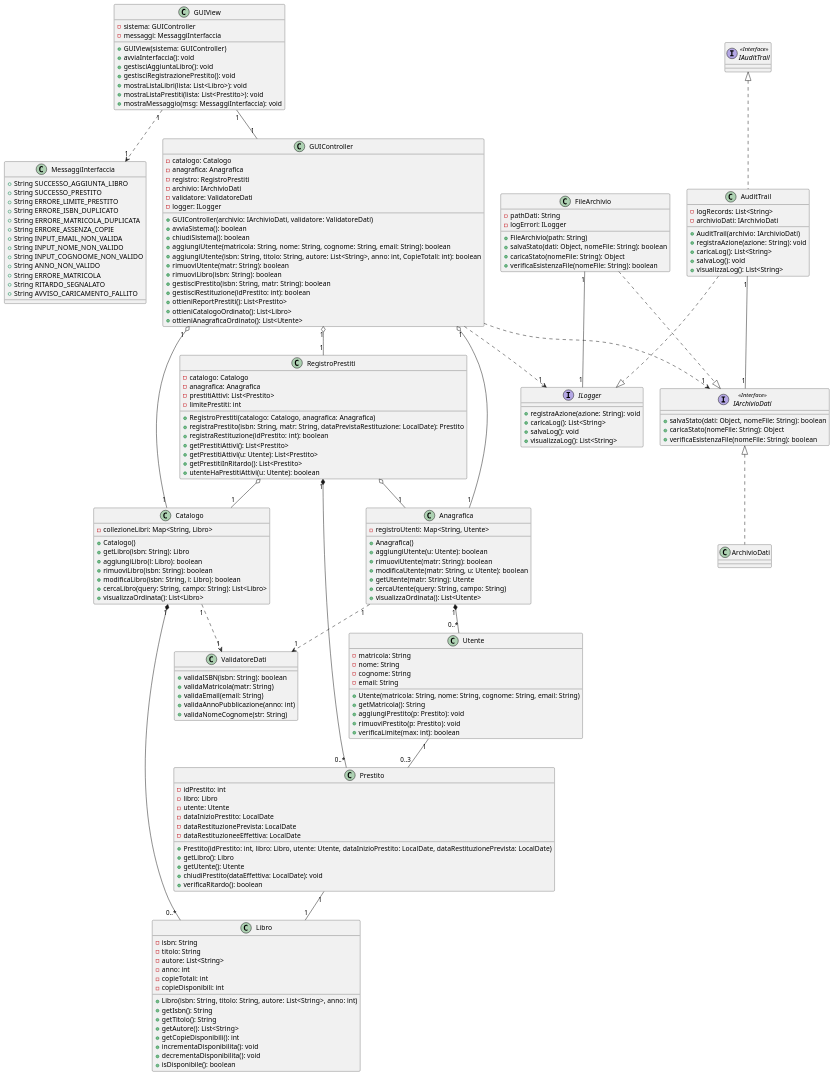
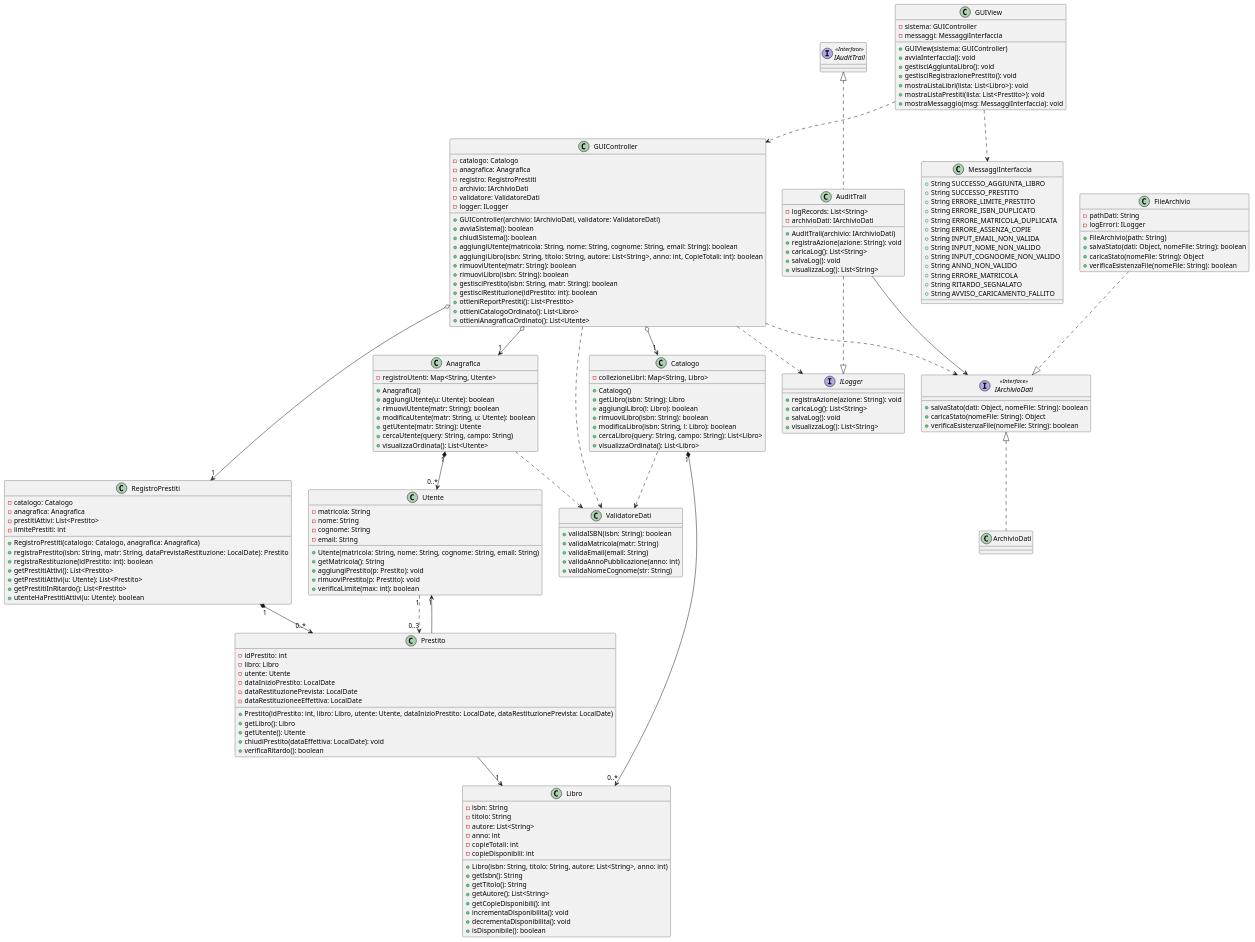
One commit to c-dilieto4/Progetto-Biblioteca changed the diagram in Biblioteca/src/main/UML Class Diagram/Class Diagram.puml. Above: the diagram before and after it, drawn with PlantUML.

Commit message:
update class diagram

```diff
--- a/Biblioteca/src/main/UML Class Diagram/Class Diagram.puml
+++ b/Biblioteca/src/main/UML Class Diagram/Class Diagram.puml
@@ -90,7 +90,7 @@
   +avviaSistema(): boolean
   +chiudiSistema(): boolean
   +aggiungiUtente(matricola: String, nome: String, cognome: String, email: String): boolean
-  +aggiungiUtente(isbn: String, titolo: String, autore: List<String>, anno: int, CopieTotali: int): boolean
+  +aggiungiLibro(isbn: String, titolo: String, autore: List<String>, anno: int, CopieTotali: int): boolean
   +rimuoviUtente(matr: String): boolean
   +rimuoviLibro(isbn: String): boolean 
   +gestisciPrestito(isbn: String, matr: String): boolean
@@ -176,41 +176,38 @@
 AuditTrail .up.|> IAuditTrail
 ArchivioDati .up.|> IArchivioDati
 
-' Correzione delle Relazioni
-' Composizione
-Catalogo "1" *-- "0..*" Libro
-Anagrafica "1" *-- "0..*" Utente
-RegistroPrestiti "1" *-- "0..*" Prestito
-
-' Associazione (Utente-Prestito)
-Prestito "1" -- "1" Libro
-Utente "1" -- "0..3" Prestito
-
-' Aggregazione (GUIController usa i componenti principali)
-GUIController "1" o-- "1" Catalogo
-GUIController "1" o-- "1" Anagrafica
-GUIController "1" o-- "1" RegistroPrestiti
-
-' Implementazione
+' Ereditarietà / Implementazione
 AuditTrail ..|> ILogger
 FileArchivio ..|> IArchivioDati
 
-' Aggregazione (RegistroPrestiti usa i cataloghi)
-RegistroPrestiti o-- "1" Catalogo
-RegistroPrestiti o-- "1" Anagrafica
+' Composizioni (Il tutto gestisce le parti)
+Catalogo "1" *--> "0..*" Libro
+Anagrafica "1" *--> "0..*" Utente
+RegistroPrestiti "1" *--> "0..*" Prestito
 
-' Dipendenza / Uso
-AuditTrail "1" -- "1" IArchivioDati
-FileArchivio "1" -- "1" ILogger
-GUIView "1" -- "1" GUIController
-GUIController ..> "1" IArchivioDati
-GUIController ..> "1" ILogger
+' Associazioni Unidirezionali (Il prestito punta a Libro e Utente, non viceversa)
+Prestito --> "1" Libro 
+Prestito --> "1" Utente
 
-' Dipendenza con il Validatore (Usa)
-Catalogo "1" ..> "1" ValidatoreDati
-Anagrafica "1" ..> "1" ValidatoreDati
+' Dipendenza "soft" (L'utente ha una lista interna per cache/limite, ma è gestita dal registro)
+Utente "1" ..> "0..3" Prestito
 
-' Dipendenza View con MessaggiInterfaccia
-GUIView "1" ..> "1" MessaggiInterfaccia
+' Aggregazioni del Controller (Facade)
+GUIController o--> "1" Catalogo
+GUIController o--> "1" Anagrafica
+GUIController o--> "1" RegistroPrestiti
 
+' Dipendenze Architetturali (Risolto il ciclo: FileArchivio non dipende più da ILogger)
+GUIController ..> IArchivioDati
+GUIController ..> ILogger
+
+' AuditTrail usa l'archivio per salvare
+AuditTrail --> IArchivioDati
+
+' Dipendenze d'uso (Use)
+GUIView ..> GUIController
+GUIView ..> MessaggiInterfaccia
+Catalogo ..> ValidatoreDati
+Anagrafica ..> ValidatoreDati
+GUIController ..> ValidatoreDati
 @enduml
```
